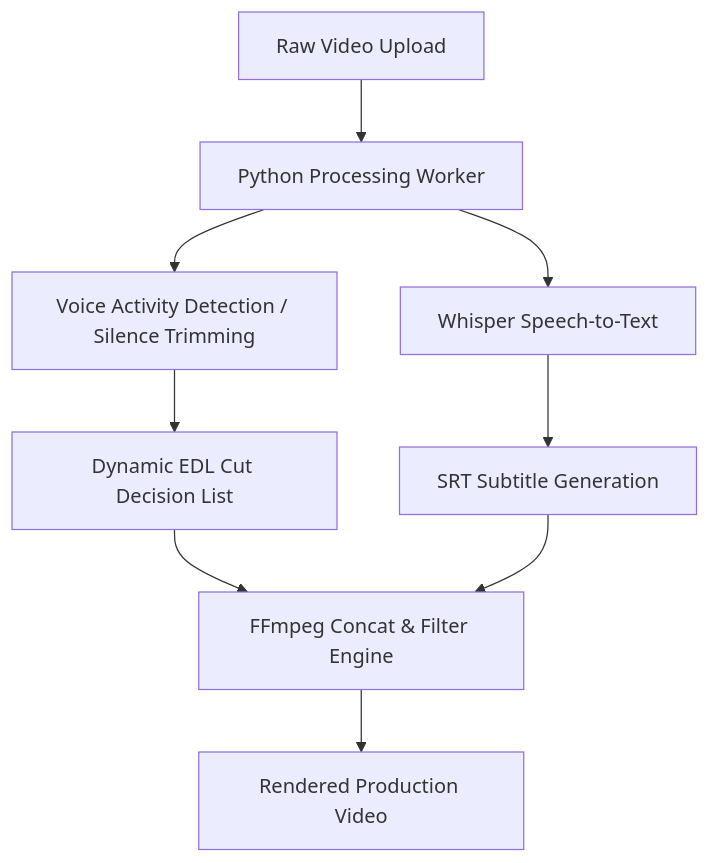
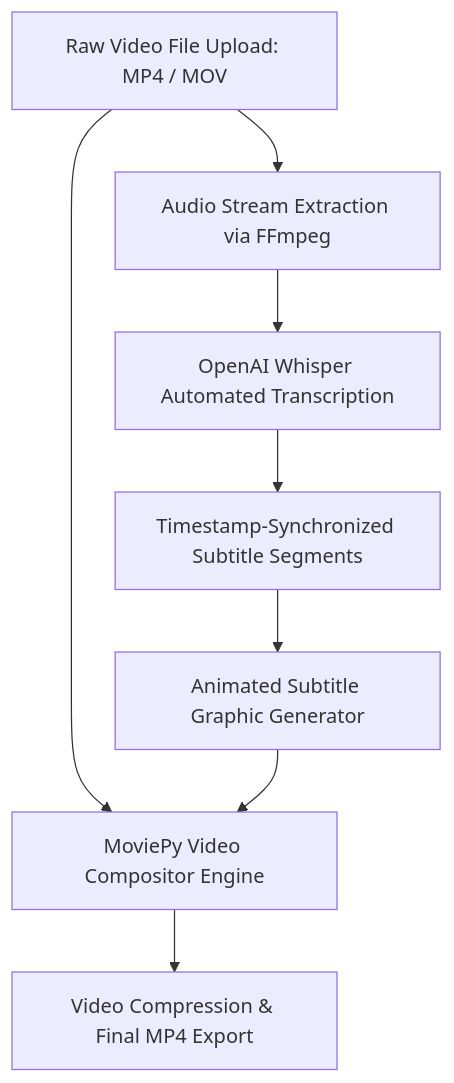
The diagram in README.md (sohailahmed-bsrh/video-editing-automation), drawn with Mermaid before and after one commit. The commit also changed other lines of this file, not shown here.

````diff
--- a/README.md
+++ b/README.md
@@ -30,11 +46,10 @@
 ```mermaid
 flowchart TD
-    RawVideo[Raw Video Upload] --> Worker[Python Processing Worker]
-    Worker --> VAD[Voice Activity Detection / Silence Trimming]
-    Worker --> Whisper[Whisper Speech-to-Text]
-    VAD --> CutList[Dynamic EDL Cut Decision List]
-    Whisper --> Subtitles[SRT Subtitle Generation]
-    CutList --> FFmpeg[FFmpeg Concat & Filter Engine]
-    Subtitles --> FFmpeg
-    FFmpeg --> FinalRender[Rendered Production Video]
+    A[Raw Video File Upload: MP4 / MOV] --> B[Audio Stream Extraction via FFmpeg]
+    B --> C[OpenAI Whisper Automated Transcription]
+    C --> D[Timestamp-Synchronized Subtitle Segments]
+    D --> E[Animated Subtitle Graphic Generator]
+    A --> F[MoviePy Video Compositor Engine]
+    E --> F
+    F --> G[Video Compression & Final MP4 Export]
 ```
````
